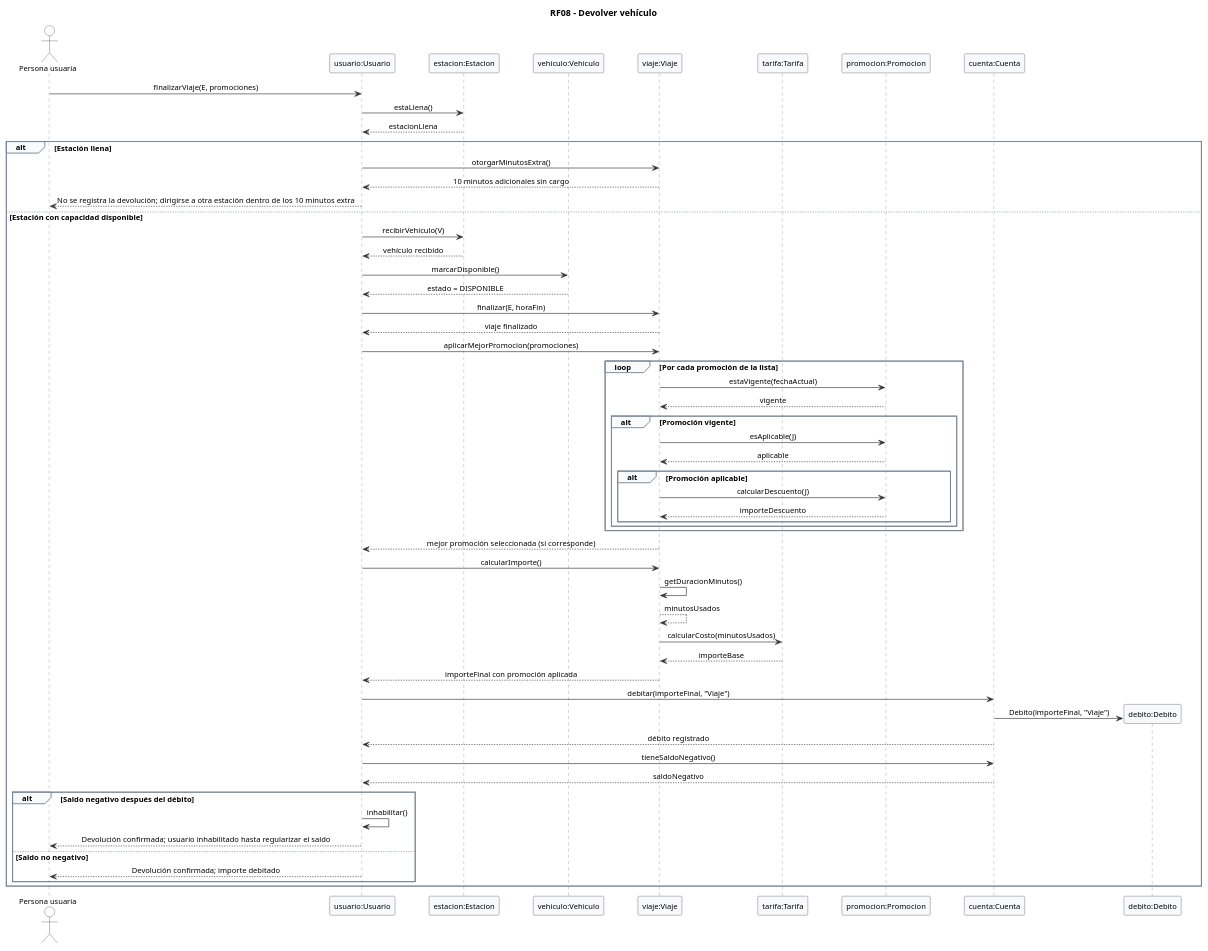
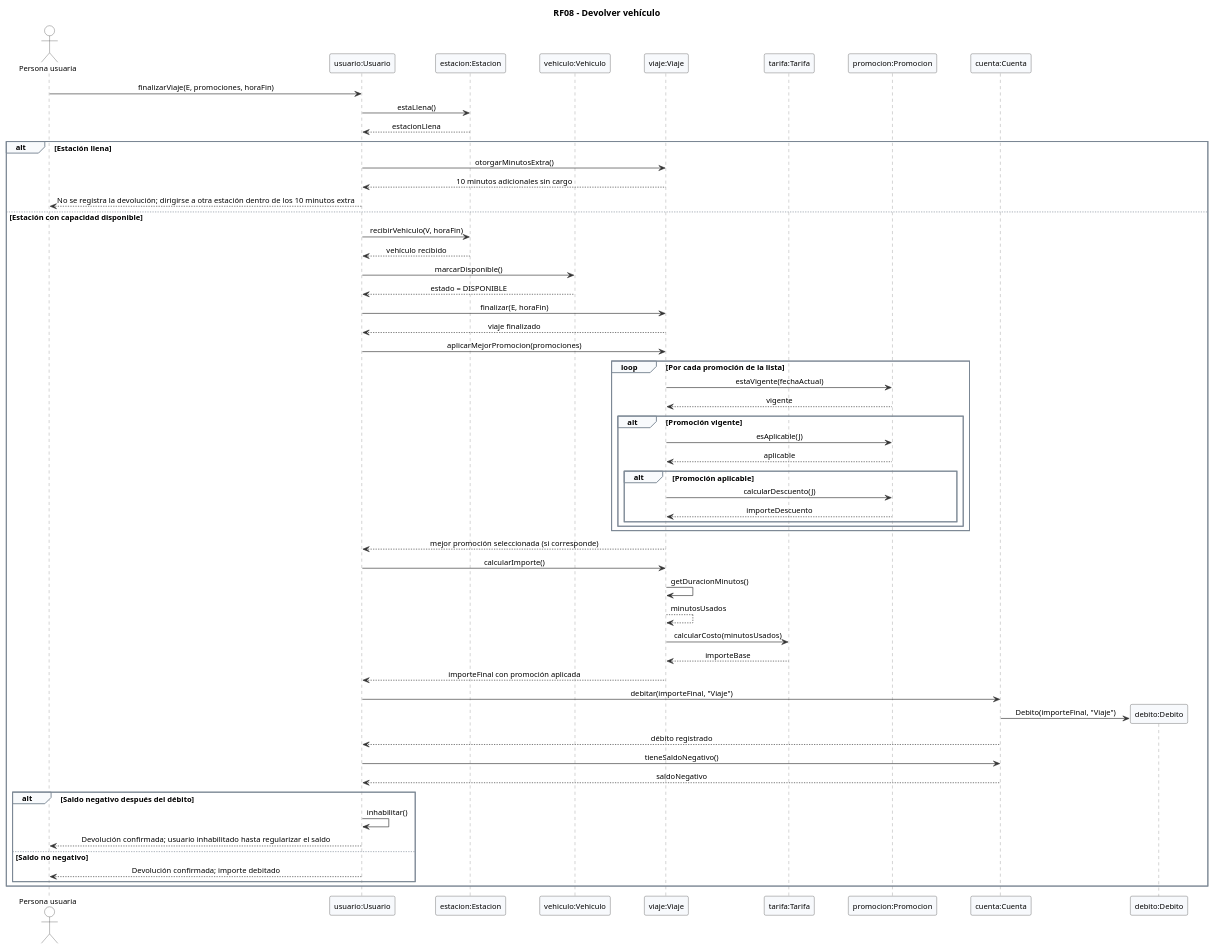
Before and after one commit to Muller-Agustin/Sistema-de-movilidad-compartida: the diagram in docs/uml/Diagrama de Secuencia 2.puml, drawn with PlantUML. The commit also changed 6 other files, not shown here.

```diff
--- a/docs/uml/Diagrama de Secuencia 2.puml
+++ b/docs/uml/Diagrama de Secuencia 2.puml
@@ -1,84 +1,84 @@
 @startuml RF08_Devolver_Vehiculo
 skinparam shadowing false
 skinparam defaultFontName Arial
 skinparam defaultFontSize 12
 skinparam sequenceMessageAlign center
 skinparam responseMessageBelowArrow true
 skinparam ParticipantPadding 22
 skinparam BoxPadding 10
 skinparam sequence {
   ArrowColor #333333
   LifeLineBorderColor #777777
   LifeLineBackgroundColor #FFFFFF
   ParticipantBorderColor #333333
   ParticipantBackgroundColor #F7F9FC
   ActorBorderColor #333333
   ActorBackgroundColor #FFFFFF
   GroupBorderColor #7B8794
   GroupBackgroundColor #F8FAFC
 }
 
 title RF08 - Devolver vehículo
 
 actor "Persona usuaria" as A
 participant "usuario:Usuario" as U
 participant "estacion:Estacion" as E
 participant "vehiculo:Vehiculo" as V
 participant "viaje:Viaje" as J
 participant "tarifa:Tarifa" as T
 participant "promocion:Promocion" as P
 participant "cuenta:Cuenta" as C
 
-A -> U: finalizarViaje(E, promociones)
+A -> U: finalizarViaje(E, promociones, horaFin)
 U -> E: estaLlena()
 E --> U: estacionLlena
 
 alt Estación llena
   U -> J: otorgarMinutosExtra()
   J --> U: 10 minutos adicionales sin cargo
   U --> A: No se registra la devolución; dirigirse a otra estación dentro de los 10 minutos extra
 else Estación con capacidad disponible
-  U -> E: recibirVehiculo(V)
+  U -> E: recibirVehiculo(V, horaFin)
   E --> U: vehículo recibido
   U -> V: marcarDisponible()
   V --> U: estado = DISPONIBLE
   U -> J: finalizar(E, horaFin)
   J --> U: viaje finalizado
 
   U -> J: aplicarMejorPromocion(promociones)
   loop Por cada promoción de la lista
     J -> P: estaVigente(fechaActual)
     P --> J: vigente
     alt Promoción vigente
       J -> P: esAplicable(J)
       P --> J: aplicable
       alt Promoción aplicable
         J -> P: calcularDescuento(J)
         P --> J: importeDescuento
       end
     end
   end
   J --> U: mejor promoción seleccionada (si corresponde)
 
   U -> J: calcularImporte()
   J -> J: getDuracionMinutos()
   J --> J: minutosUsados
   J -> T: calcularCosto(minutosUsados)
   T --> J: importeBase
   J --> U: importeFinal con promoción aplicada
 
   U -> C: debitar(importeFinal, "Viaje")
   create participant "debito:Debito" as D
   C -> D: Debito(importeFinal, "Viaje")
   C --> U: débito registrado
   U -> C: tieneSaldoNegativo()
   C --> U: saldoNegativo
   alt Saldo negativo después del débito
     U -> U: inhabilitar()
     U --> A: Devolución confirmada; usuario inhabilitado hasta regularizar el saldo
   else Saldo no negativo
     U --> A: Devolución confirmada; importe debitado
   end
 end
 
 @enduml
```
